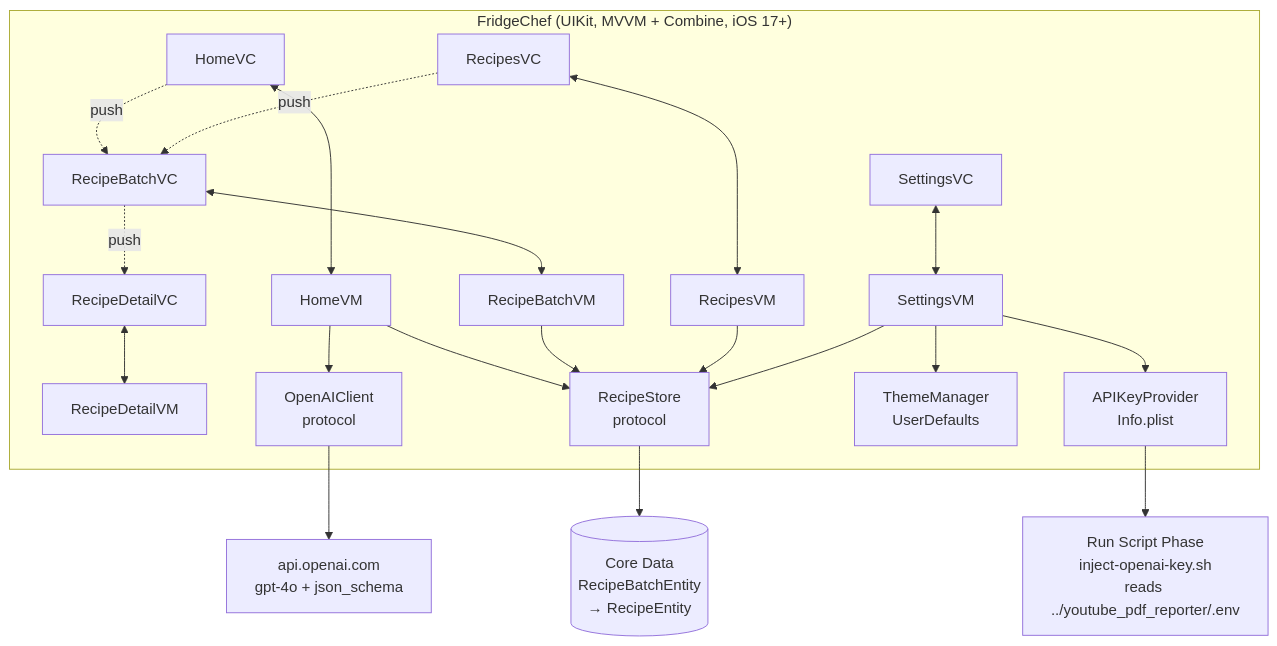
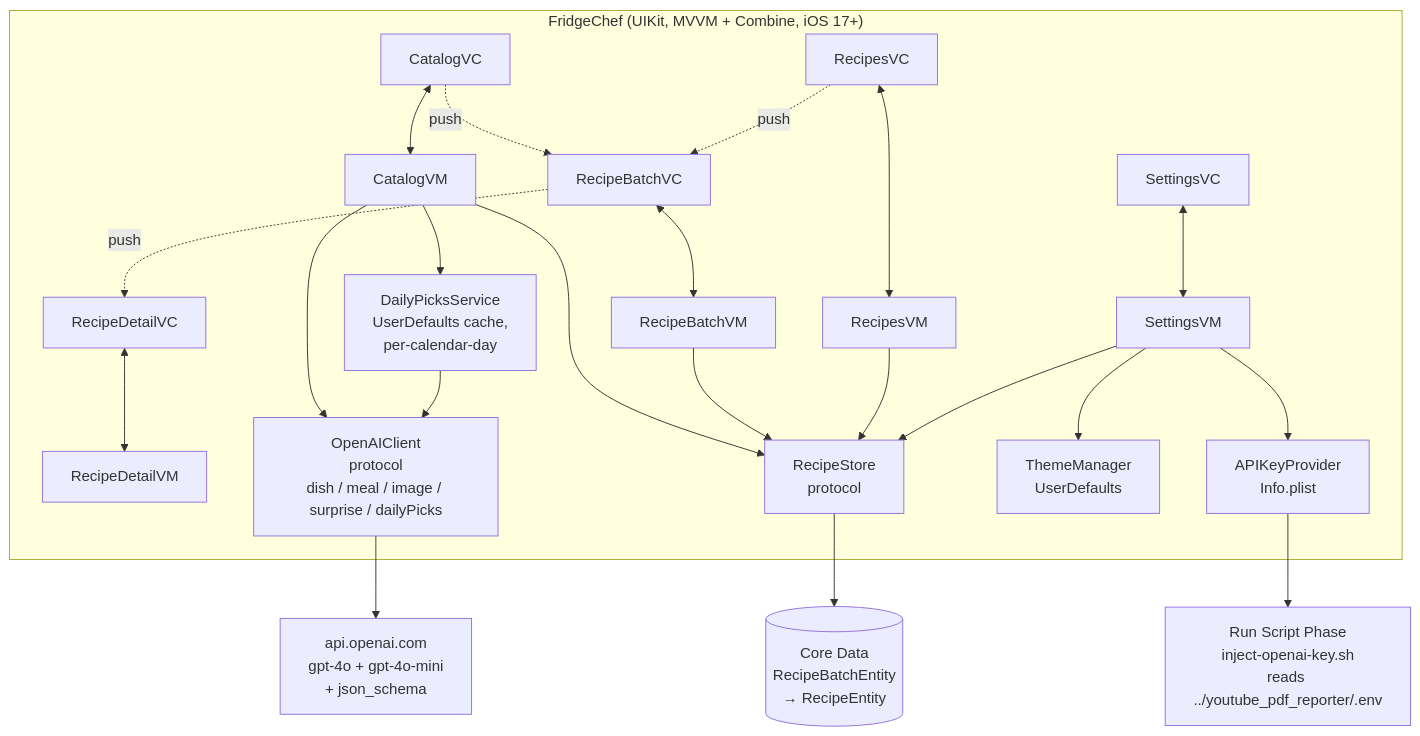
One commit to ZeekrBaha/fridgechef-ios changed the first of 2 diagrams in README.md. Above: the diagram before and after it, drawn with Mermaid. The commit also changed other lines of this file and 2 other files, not shown here.

First line of the commit message:
docs: refresh README + screenshots for catalog redesign

````diff
--- a/README.md
+++ b/README.md
@@ -62,31 +72,34 @@
 ```mermaid
 graph TB
     subgraph "FridgeChef (UIKit, MVVM + Combine, iOS 17+)"
-        HomeVC[HomeVC] <--> HomeVM[HomeVM]
+        CatalogVC[CatalogVC] <--> CatalogVM[CatalogVM]
         RecipeBatchVC[RecipeBatchVC] <--> RecipeBatchVM[RecipeBatchVM]
         RecipeDetailVC[RecipeDetailVC] <--> RecipeDetailVM[RecipeDetailVM]
         RecipesVC[RecipesVC] <--> RecipesVM[RecipesVM]
         SettingsVC[SettingsVC] <--> SettingsVM[SettingsVM]
 
-        HomeVM --> OpenAIClient
-        HomeVM --> RecipeStore
+        CatalogVM --> OpenAIClient
+        CatalogVM --> RecipeStore
+        CatalogVM --> DailyPicksService
+        DailyPicksService --> OpenAIClient
         RecipeBatchVM --> RecipeStore
         RecipesVM --> RecipeStore
         SettingsVM --> ThemeManager
         SettingsVM --> RecipeStore
         SettingsVM --> APIKeyProvider
 
-        HomeVC -. push .-> RecipeBatchVC
+        CatalogVC -. push .-> RecipeBatchVC
         RecipesVC -. push .-> RecipeBatchVC
         RecipeBatchVC -. push .-> RecipeDetailVC
 
-        OpenAIClient[OpenAIClient<br/>protocol]
+        OpenAIClient[OpenAIClient<br/>protocol<br/>dish / meal / image / surprise / dailyPicks]
         RecipeStore[RecipeStore<br/>protocol]
+        DailyPicksService[DailyPicksService<br/>UserDefaults cache,<br/>per-calendar-day]
         ThemeManager[ThemeManager<br/>UserDefaults]
         APIKeyProvider[APIKeyProvider<br/>Info.plist]
     end
 
-    OpenAIClient --> OpenAI[api.openai.com<br/>gpt-4o + json_schema]
+    OpenAIClient --> OpenAI[api.openai.com<br/>gpt-4o + gpt-4o-mini<br/>+ json_schema]
     RecipeStore --> CoreData[(Core Data<br/>RecipeBatchEntity<br/>→ RecipeEntity)]
     APIKeyProvider --> BuildScript[Run Script Phase<br/>inject-openai-key.sh<br/>reads ../youtube_pdf_reporter/.env]
 ```
````
